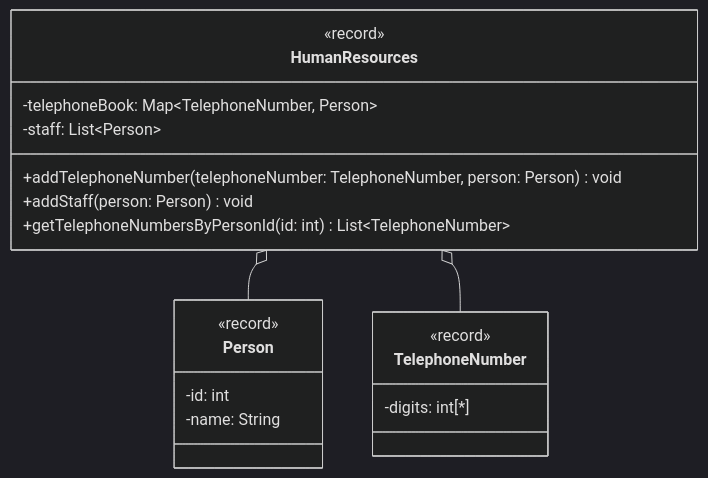
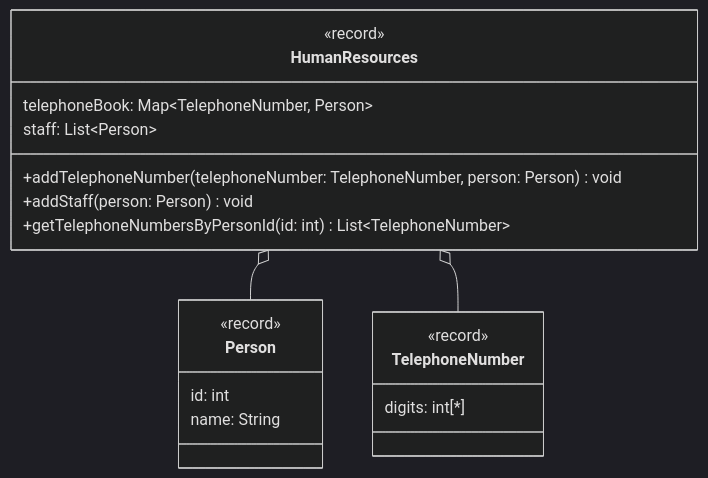
Before and after one commit to jappuccini/java-docs: the diagram in docs/exam-exercises/exam-exercises-java2/human-resources.md, drawn with Mermaid (dark theme). The commit also changed 24 other files, not shown here.

````diff
--- a/docs/exam-exercises/exam-exercises-java2/human-resources.md
+++ b/docs/exam-exercises/exam-exercises-java2/human-resources.md
@@ -12,25 +12,25 @@
 ```mermaid
 classDiagram
     HumanResources o-- Person
     HumanResources o-- TelephoneNumber
 
     class HumanResources {
         <<record>>
-        -telephoneBook: Map~TelephoneNumber, Person~
-        -staff: List~Person~
+        telephoneBook: Map~TelephoneNumber, Person~
+        staff: List~Person~
         +addTelephoneNumber(telephoneNumber: TelephoneNumber, person: Person) void
         +addStaff(person: Person) void
         +getTelephoneNumbersByPersonId(id: int) List~TelephoneNumber~
     }
 
     class Person {
         <<record>>
-        -id: int
-        -name: String
+        id: int
+        name: String
     }
 
     class TelephoneNumber {
         <<record>>
-        -digits: int[*]
+        digits: int[*]
     }
 ```
````
